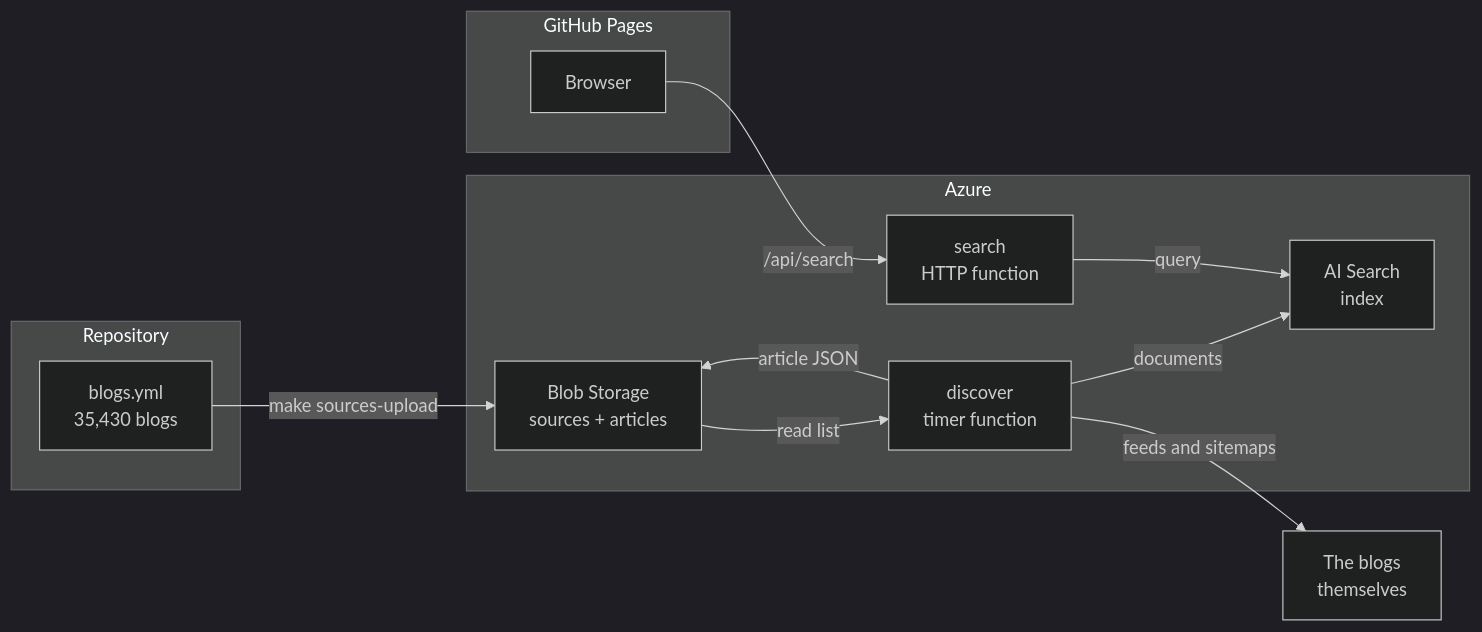
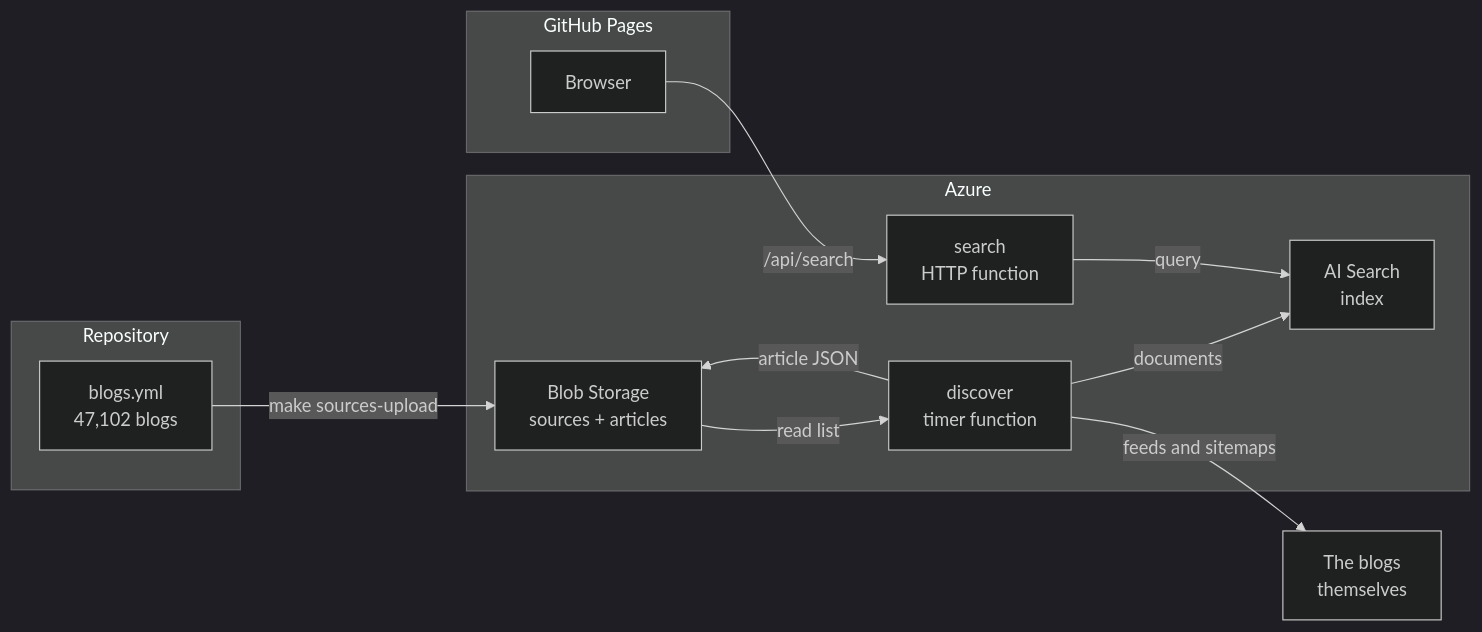
Before and after one commit to GitPaulo/blogme: the first of 5 diagrams in docs/how-it-works.md, drawn with Mermaid (dark theme). The commit also changed other lines of this file and 2 other files, not shown here.

````diff
--- a/docs/how-it-works.md
+++ b/docs/how-it-works.md
@@ -13,25 +13,25 @@
 ```mermaid
 flowchart LR
     subgraph Git["Repository"]
-        Y["blogs.yml<br/>35,430 blogs"]
+        Y["blogs.yml<br/>47,102 blogs"]
     end
 
     subgraph Azure["Azure"]
         B["Blob Storage<br/>sources + articles"]
         D["discover<br/>timer function"]
         S["AI Search<br/>index"]
         A["search<br/>HTTP function"]
     end
 
     subgraph Web["GitHub Pages"]
         U["Browser"]
     end
 
     Y -->|make sources-upload| B
     B -->|read list| D
     D -->|feeds and sitemaps| Blogs["The blogs<br/>themselves"]
     D -->|article JSON| B
     D -->|documents| S
     U -->|/api/search| A
     A -->|query| S
 ```
````
